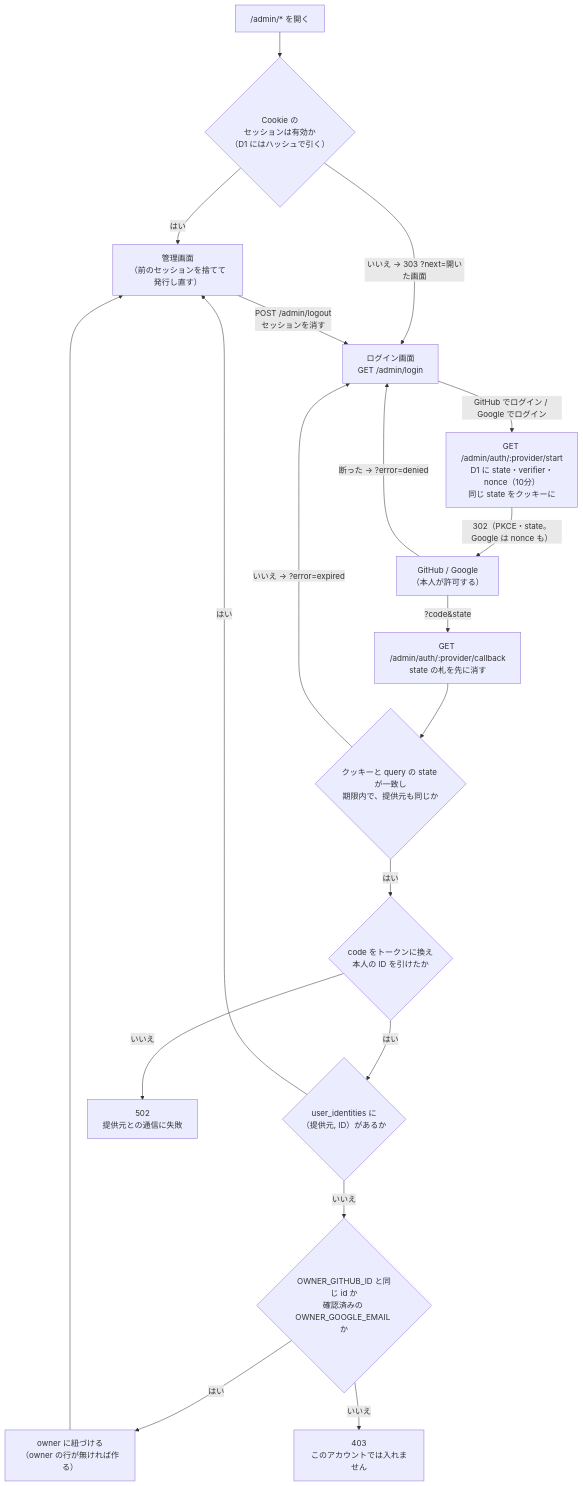
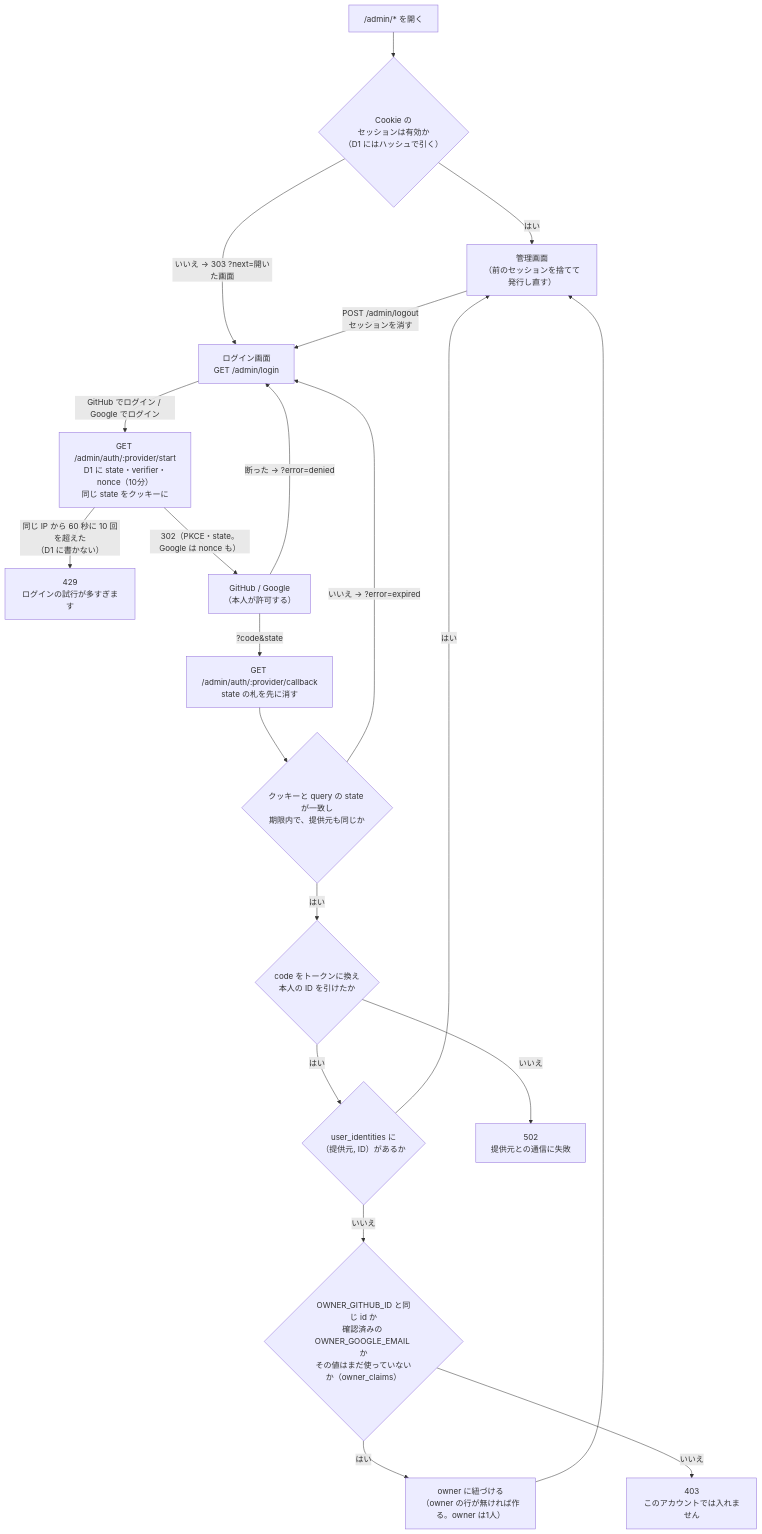
One commit to iam74k4/Web-AstLog changed the third of 4 diagrams in docs/flow.md. Above: the diagram before and after it, drawn with Mermaid. The commit also changed other lines of this file and 56 other files, not shown here.

````diff
--- a/docs/flow.md
+++ b/docs/flow.md
@@ -321,36 +325,38 @@
 ```mermaid
 flowchart TD
     Any["/admin/* を開く"]
     Check{"Cookie の<br>セッションは有効か<br>（D1 にはハッシュで引く）"}
     Login["ログイン画面<br>GET /admin/login"]
     Start["GET /admin/auth/:provider/start<br>D1 に state・verifier・nonce（10分）<br>同じ state をクッキーに"]
+    Busy["429<br>ログインの試行が多すぎます"]
     Provider["GitHub / Google<br>（本人が許可する）"]
     Callback["GET /admin/auth/:provider/callback<br>state の札を先に消す"]
     State{"クッキーと query の state が一致し<br>期限内で、提供元も同じか"}
     Exchange{"code をトークンに換え<br>本人の ID を引けたか"}
     Who{"user_identities に<br>（提供元, ID）があるか"}
-    Owner{"OWNER_GITHUB_ID と同じ id か<br>確認済みの OWNER_GOOGLE_EMAIL か"}
-    Link["owner に紐づける<br>（owner の行が無ければ作る）"]
+    Owner{"OWNER_GITHUB_ID と同じ id か<br>確認済みの OWNER_GOOGLE_EMAIL か<br>その値はまだ使っていないか（owner_claims）"}
+    Link["owner に紐づける<br>（owner の行が無ければ作る。owner は1人）"]
     Admin["管理画面<br>（前のセッションを捨てて発行し直す）"]
     Refuse["403<br>このアカウントでは入れません"]
     Broken["502<br>提供元との通信に失敗"]
 
     Any --> Check
     Check -->|"はい"| Admin
     Check -->|"いいえ → 303 ?next=開いた画面"| Login
     Login -->|"GitHub でログイン / Google でログイン"| Start
+    Start -->|"同じ IP から 60 秒に 10 回を超えた<br>（D1 に書かない）"| Busy
     Start -->|"302（PKCE・state。Google は nonce も）"| Provider
     Provider -->|"断った → ?error=denied"| Login
     Provider -->|"?code&state"| Callback
     Callback --> State
     State -->|"いいえ → ?error=expired"| Login
     State -->|"はい"| Exchange
     Exchange -->|"いいえ"| Broken
     Exchange -->|"はい"| Who
     Who -->|"はい"| Admin
     Who -->|"いいえ"| Owner
     Owner -->|"はい"| Link
     Link --> Admin
     Owner -->|"いいえ"| Refuse
     Admin -->|"POST /admin/logout<br>セッションを消す"| Login
 ```
````
